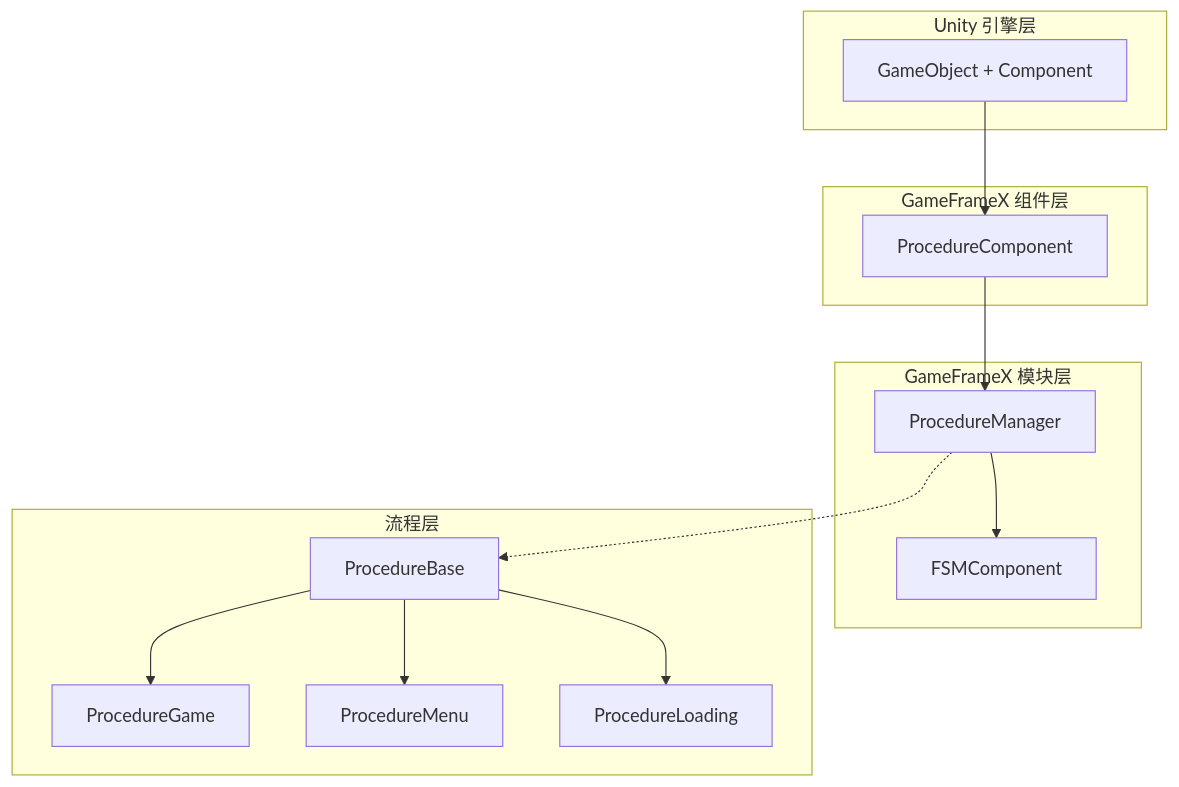
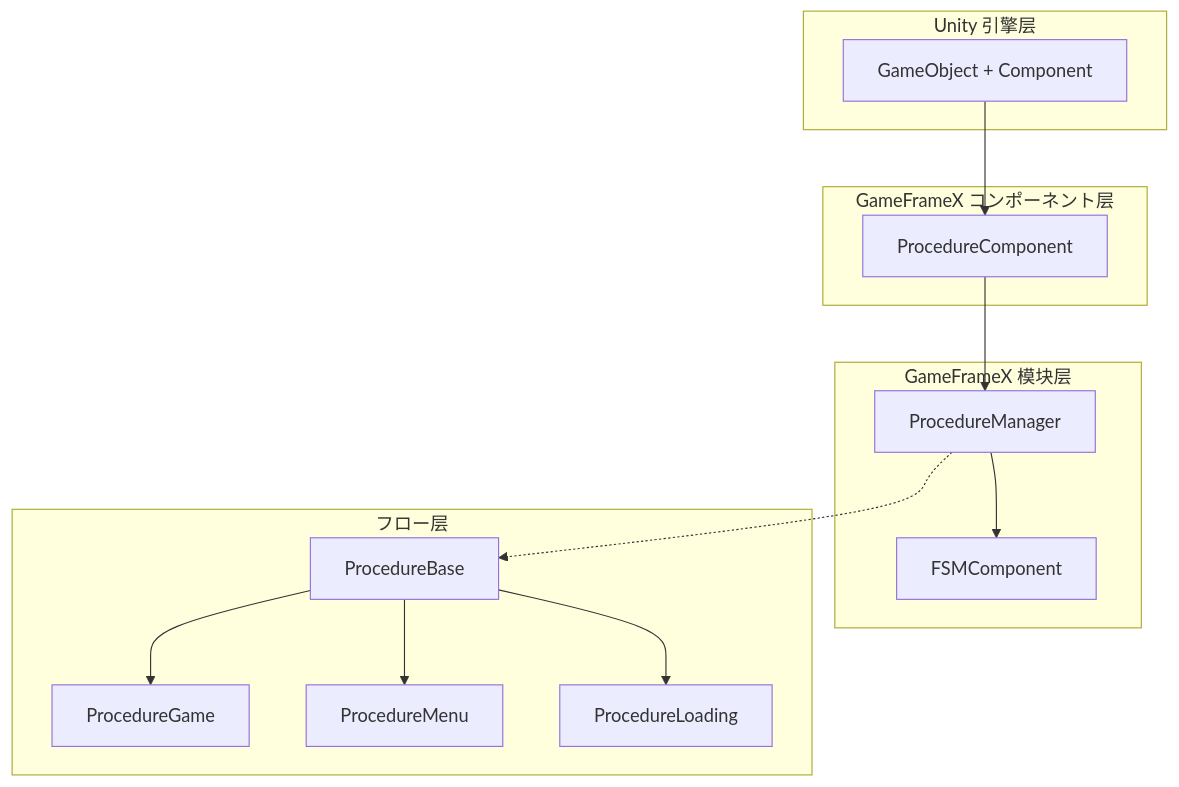
The first of 2 diagrams in docs/ja/client/unity/component/procedure/04.features.md (AlianBlank/GameFrameX.Docs), drawn with Mermaid before and after one commit. The commit also changed other lines of this file and 603 other files, not shown here.

````diff
--- a/docs/ja/client/unity/component/procedure/04.features.md
+++ b/docs/ja/client/unity/component/procedure/04.features.md
@@ -128,30 +128,30 @@
 ```mermaid
 flowchart TD
     subgraph UnityEngine["Unity 引擎层"]
         GC[GameObject + Component]
     end
 
-    subgraph GameFrameXComponent["GameFrameX 组件层"]
+    subgraph GameFrameXComponent["GameFrameX コンポーネント层"]
         PC[ProcedureComponent]
     end
 
     subgraph GameFrameXModule["GameFrameX 模块层"]
         PM[ProcedureManager]
         FSM[FSMComponent]
     end
 
-    subgraph ProcedureLayer["流程层"]
+    subgraph ProcedureLayer["フロー层"]
         PB[ProcedureBase]
         PG[ProcedureGame]
         PMenu[ProcedureMenu]
         PL[ProcedureLoading]
     end
 
     GC --> PC
     PC --> PM
     PM --> FSM
     PB --> PG
     PB --> PMenu
     PB --> PL
     PM -.-> PB
 ```
````
